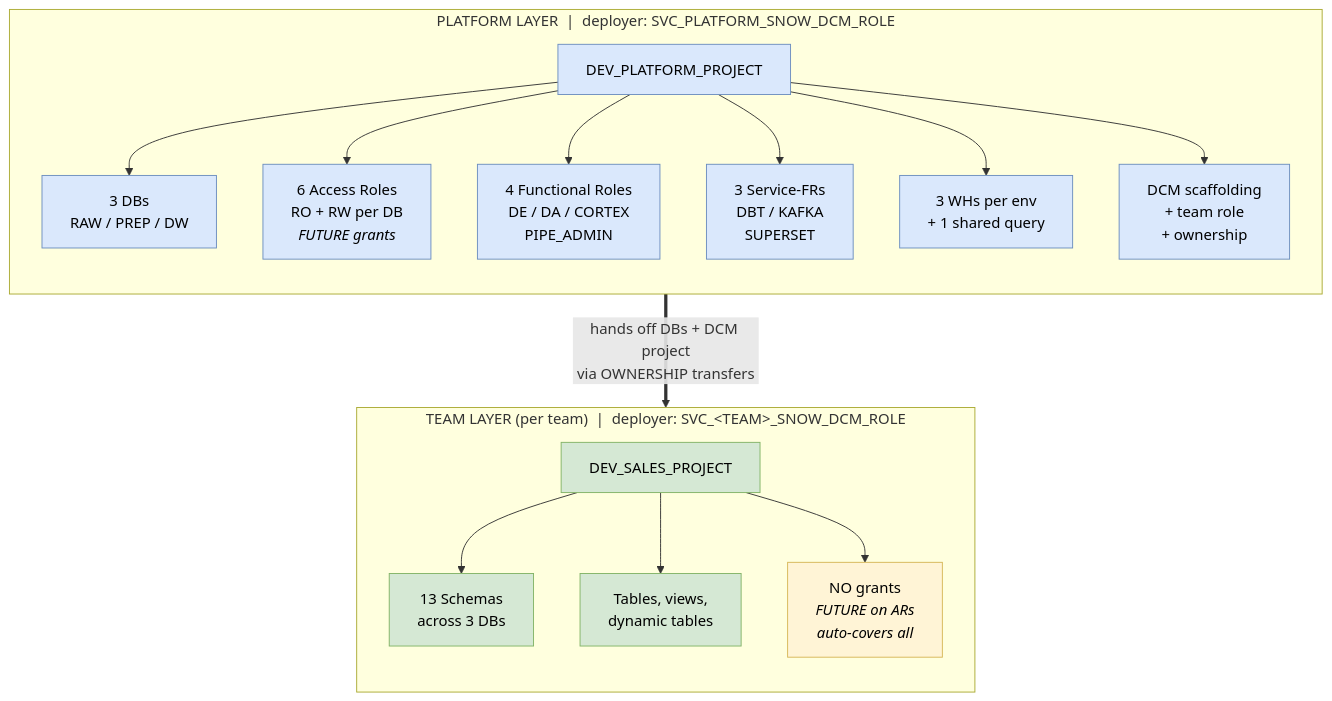
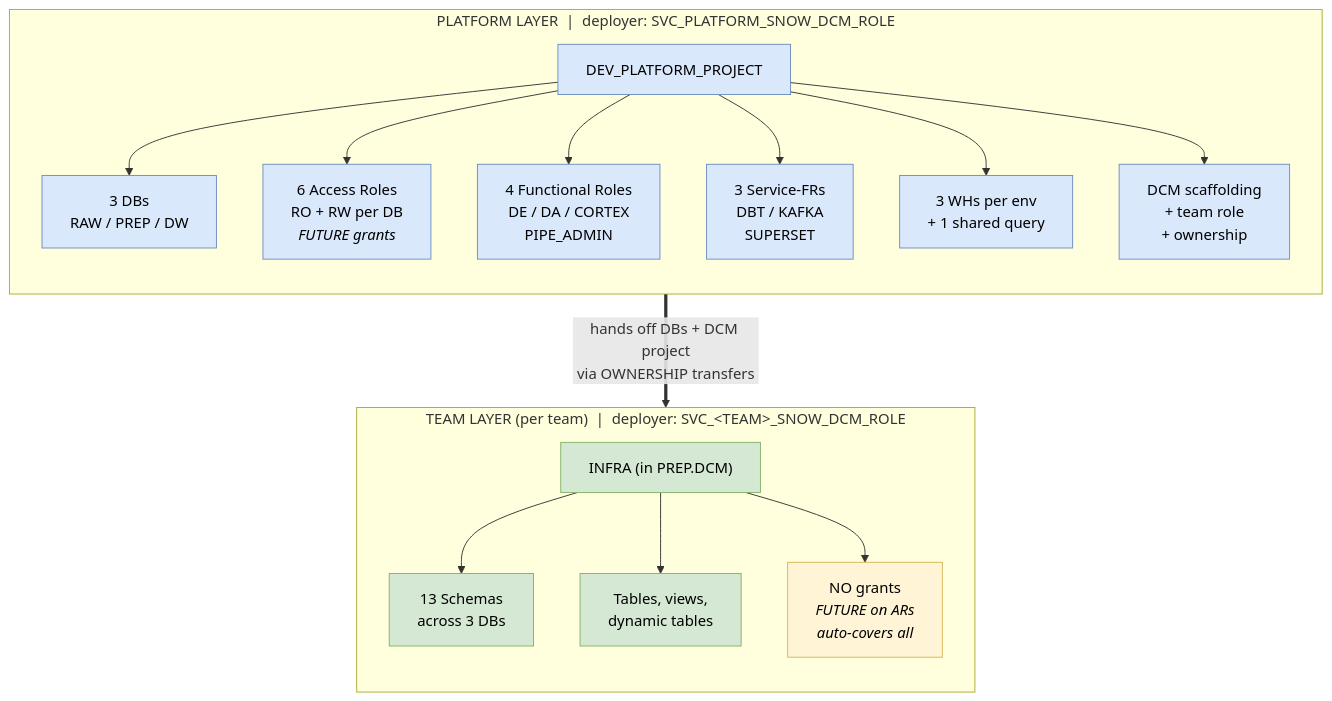
The first of 2 diagrams in snow-infra/dcm/README.md (entechlog/snowflake-examples), drawn with Mermaid before and after one commit. The commit also changed other lines of this file and 7 other files, not shown here.

First line of the commit message:
changes to move DCM state to PREP layer + rename project to INFRA

````diff
--- a/snow-infra/dcm/README.md
+++ b/snow-infra/dcm/README.md
@@ -28,30 +28,30 @@
 ```mermaid
 flowchart TB
     subgraph PLATFORM["PLATFORM LAYER &nbsp;|&nbsp; deployer: SVC_PLATFORM_SNOW_DCM_ROLE"]
         direction TB
         PP["DEV_PLATFORM_PROJECT"]
         PP --> DBS["3 DBs<br/>RAW / PREP / DW"]
         PP --> AR["6 Access Roles<br/>RO + RW per DB<br/><i>FUTURE grants</i>"]
         PP --> FR["4 Functional Roles<br/>DE / DA / CORTEX<br/>PIPE_ADMIN"]
         PP --> SVCFR["3 Service-FRs<br/>DBT / KAFKA<br/>SUPERSET"]
         PP --> WHS["3 WHs per env<br/>+ 1 shared query"]
         PP --> SCAFF["DCM scaffolding<br/>+ team role<br/>+ ownership"]
     end
 
     subgraph TEAM["TEAM LAYER (per team) &nbsp;|&nbsp; deployer: SVC_&lt;TEAM&gt;_SNOW_DCM_ROLE"]
         direction TB
-        TP["DEV_SALES_PROJECT"]
+        TP["INFRA (in PREP.DCM)"]
         TP --> SCHEMAS["13 Schemas<br/>across 3 DBs"]
         TP --> TVS["Tables, views,<br/>dynamic tables"]
         TP --> NOGRANT["NO grants<br/><i>FUTURE on ARs<br/>auto-covers all</i>"]
     end
 
     PLATFORM ==>|"hands off DBs + DCM project<br/>via OWNERSHIP transfers"| TEAM
 
     classDef platform fill:#dae8fc,stroke:#6c8ebf,color:#000
     classDef team fill:#d5e8d4,stroke:#82b366,color:#000
     classDef note fill:#fff4d6,stroke:#d6b656,color:#000
     class PP,DBS,AR,FR,SVCFR,WHS,SCAFF platform
     class TP,SCHEMAS,TVS team
     class NOGRANT note
 ```
````
